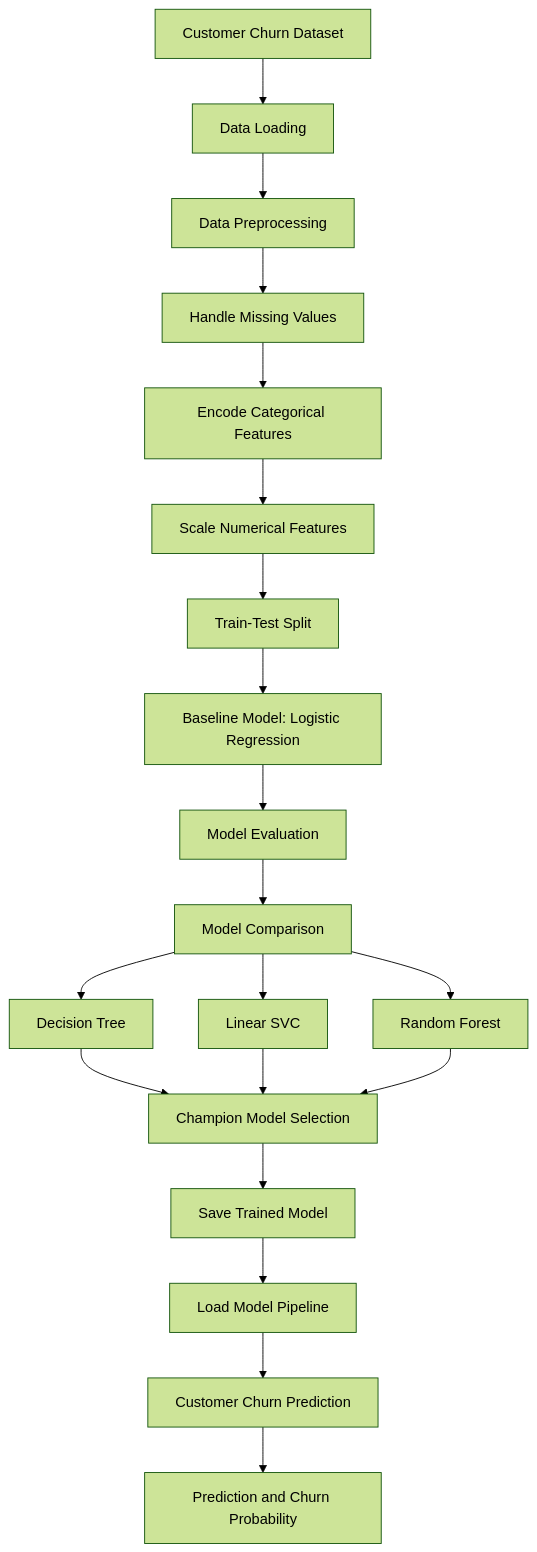
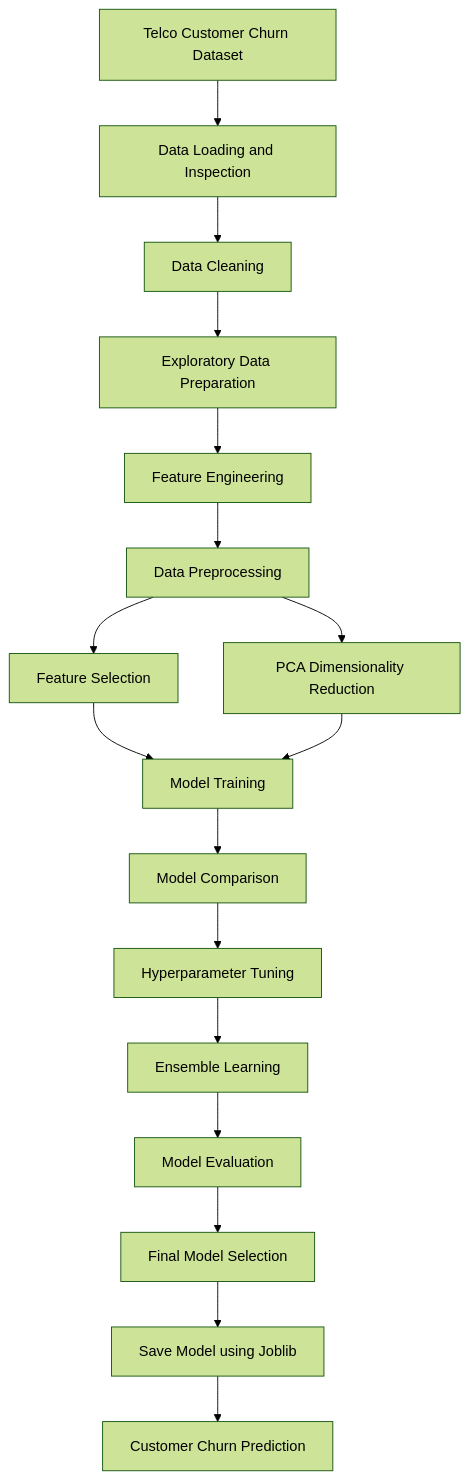
Before and after one commit to smruty9068/RetailMind-AI: the diagram in README.md, drawn with Mermaid (forest theme). The commit also changed other lines of this file, not shown here.

````diff
--- a/README.md
+++ b/README.md
@@ -49,22 +381,37 @@
 ```mermaid
 flowchart TD
-    A["Customer Churn Dataset"] --> B["Data Loading"]
-    B --> C["Data Preprocessing"]
-    C --> D["Handle Missing Values"]
-    D --> E["Encode Categorical Features"]
-    E --> F["Scale Numerical Features"]
-    F --> G["Train-Test Split"]
-    G --> H["Baseline Model: Logistic Regression"]
-    H --> I["Model Evaluation"]
-    I --> J["Model Comparison"]
-    J --> K["Decision Tree"]
-    J --> L["Linear SVC"]
-    J --> M["Random Forest"]
-    K --> N["Champion Model Selection"]
-    L --> N
+
+    A[Telco Customer Churn Dataset]
+    B[Data Loading and Inspection]
+    C[Data Cleaning]
+    D[Exploratory Data Preparation]
+    E[Feature Engineering]
+    F[Data Preprocessing]
+    G[Feature Selection]
+    H[PCA Dimensionality Reduction]
+    I[Model Training]
+    J[Model Comparison]
+    K[Hyperparameter Tuning]
+    L[Ensemble Learning]
+    M[Model Evaluation]
+    N[Final Model Selection]
+    O[Save Model using Joblib]
+    P[Customer Churn Prediction]
+
+    A --> B
+    B --> C
+    C --> D
+    D --> E
+    E --> F
+    F --> G
+    F --> H
+    G --> I
+    H --> I
+    I --> J
+    J --> K
+    K --> L
+    L --> M
     M --> N
-    N --> O["Save Trained Model"]
-    O --> P["Load Model Pipeline"]
-    P --> Q["Customer Churn Prediction"]
-    Q --> R["Prediction and Churn Probability"]
+    N --> O
+    O --> P
 ```
````
